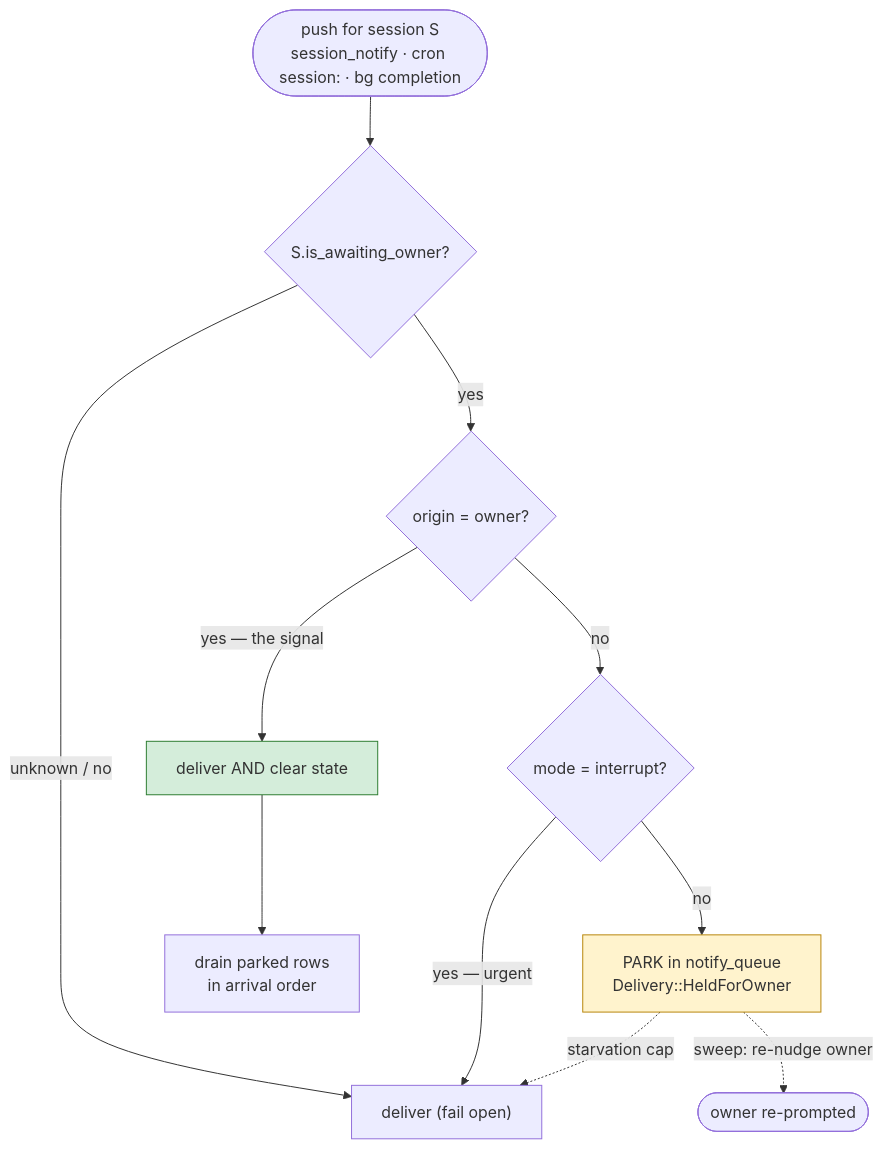
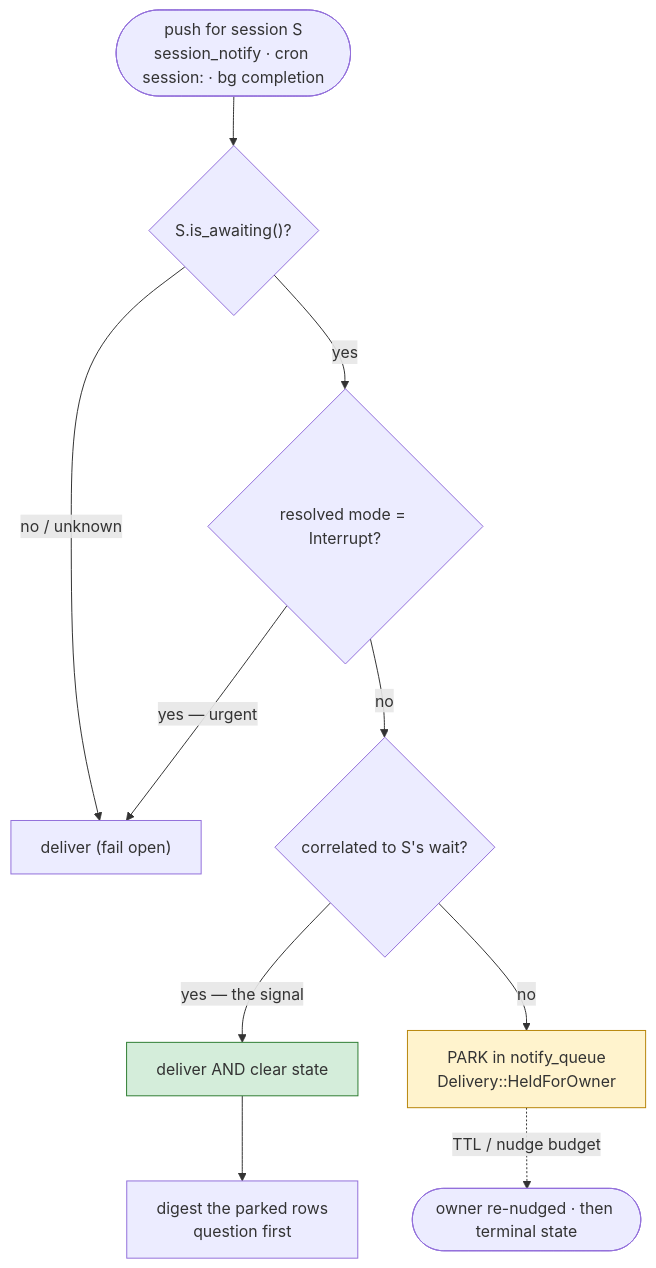
Before and after one commit to leshchenko1979/agent-factories: the diagram in docs/proposals/08-owner-gated-lane-intake.md, drawn with Mermaid. The commit also changed other lines of this file, not shown here.

````diff
--- a/docs/proposals/08-owner-gated-lane-intake.md
+++ b/docs/proposals/08-owner-gated-lane-intake.md
@@ -146,15 +173,14 @@
 ```mermaid
 flowchart TD
-    A(["push for session S<br/>session_notify · cron session: · bg completion"]) --> B{"S.is_awaiting_owner?"}
-    B -->|unknown / no| D["deliver (fail open)"]
-    B -->|yes| C{"origin = owner?"}
+    A(["push for session S<br/>session_notify · cron session: · bg completion"]) --> B{"S.is_awaiting()?"}
+    B -->|no / unknown| D["deliver (fail open)"]
+    B -->|yes| F{"resolved mode = Interrupt?"}
+    F -->|yes — urgent| D
+    F -->|no| C{"correlated to S's wait?"}
     C -->|yes — the signal| E["deliver AND clear state"]
-    C -->|no| F{"mode = interrupt?"}
-    F -->|yes — urgent| D
-    F -->|no| G["PARK in notify_queue<br/>Delivery::HeldForOwner"]
-    E --> H["drain parked rows<br/>in arrival order"]
-    G -.->|starvation cap| D
-    G -.->|sweep: re-nudge owner| I(["owner re-prompted"])
+    C -->|no| G["PARK in notify_queue<br/>Delivery::HeldForOwner"]
+    E --> H["digest the parked rows<br/>question first"]
+    G -.->|TTL / nudge budget| I(["owner re-nudged · then terminal state"])
     style G fill:#fff3cd,stroke:#b8860b
     style E fill:#d4edda,stroke:#2e7d32
 ```
````
